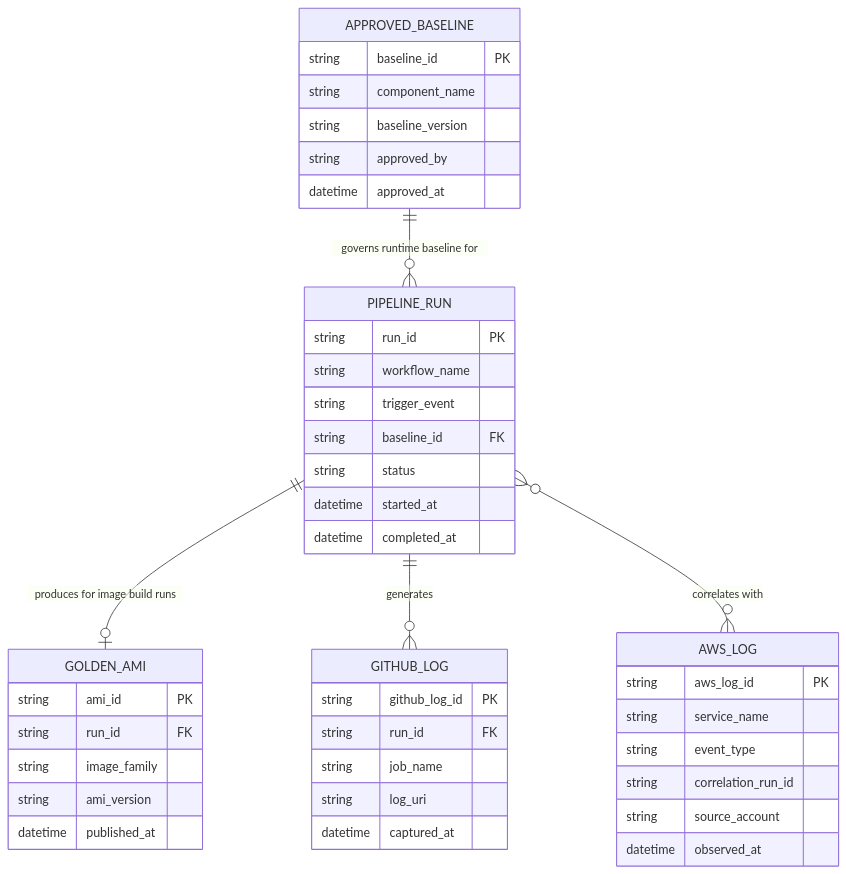
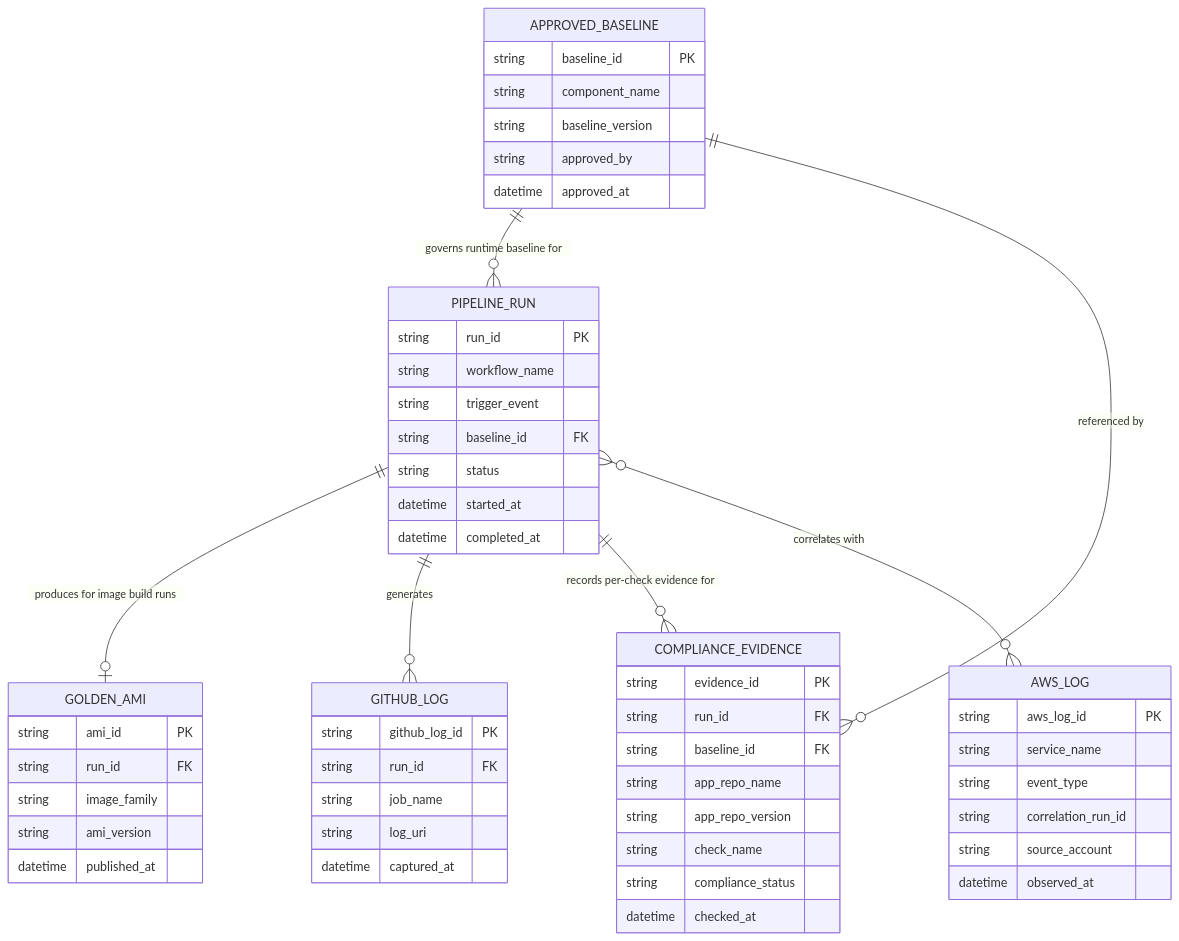
One commit to wingt903/CICD changed the diagram in architecture/data-architecture-erd.mmd. Above: the diagram before and after it, drawn with Mermaid. The commit also changed 1 other file, not shown here.

Commit message:
Add per-check compliance evidence entity

```diff
--- a/architecture/data-architecture-erd.mmd
+++ b/architecture/data-architecture-erd.mmd
@@ -1,45 +1,57 @@
 erDiagram
 
     APPROVED_BASELINE ||--o{ PIPELINE_RUN : "governs runtime baseline for"
+    APPROVED_BASELINE ||--o{ COMPLIANCE_EVIDENCE : "referenced by"
     PIPELINE_RUN ||--o| GOLDEN_AMI : "produces for image build runs"
     PIPELINE_RUN ||--o{ GITHUB_LOG : "generates"
+    PIPELINE_RUN ||--o{ COMPLIANCE_EVIDENCE : "records per-check evidence for"
     PIPELINE_RUN }o--o{ AWS_LOG : "correlates with"
 
     APPROVED_BASELINE {
         string baseline_id PK
         string component_name
         string baseline_version
         string approved_by
         datetime approved_at
     }
     PIPELINE_RUN {
         string run_id PK
         string workflow_name
         string trigger_event
         string baseline_id FK
         string status
         datetime started_at
         datetime completed_at
+    }
+    COMPLIANCE_EVIDENCE {
+        string evidence_id PK
+        string run_id FK
+        string baseline_id FK
+        string app_repo_name
+        string app_repo_version
+        string check_name
+        string compliance_status
+        datetime checked_at
     }
     GOLDEN_AMI {
         string ami_id PK
         string run_id FK
         string image_family
         string ami_version
         datetime published_at
     }
     GITHUB_LOG {
         string github_log_id PK
         string run_id FK
         string job_name
         string log_uri
         datetime captured_at
     }
     AWS_LOG {
         string aws_log_id PK
         string service_name
         string event_type
         string correlation_run_id
         string source_account
         datetime observed_at
     }
```
